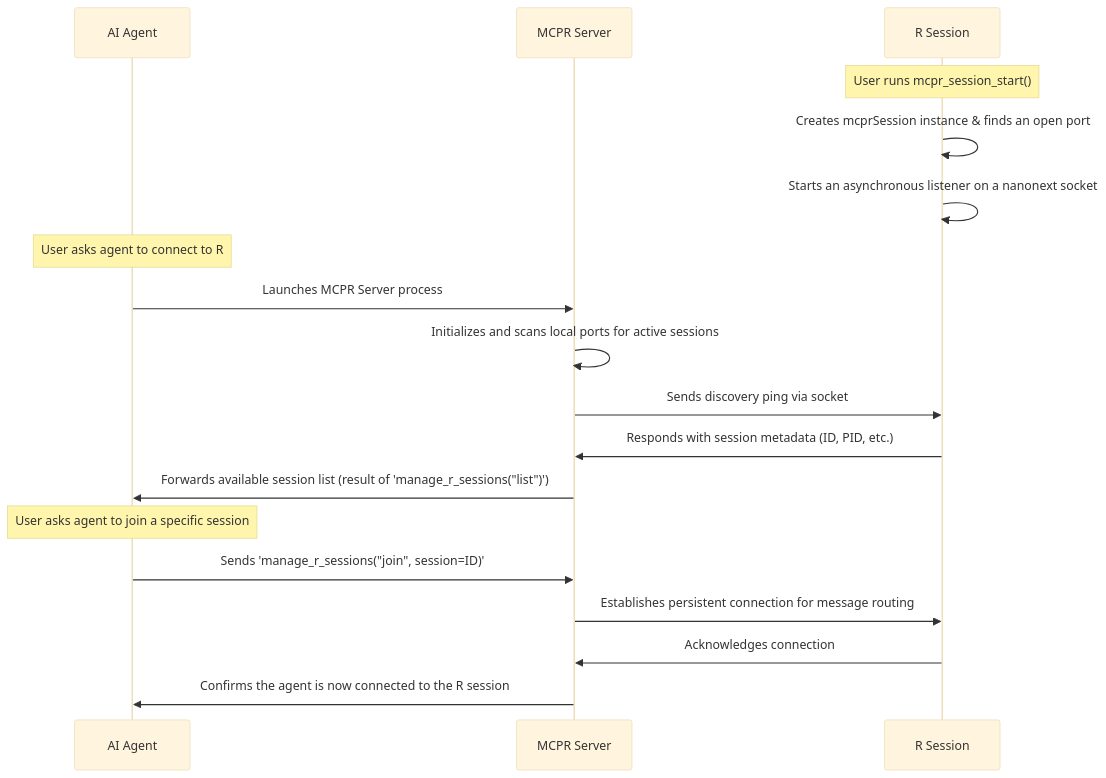
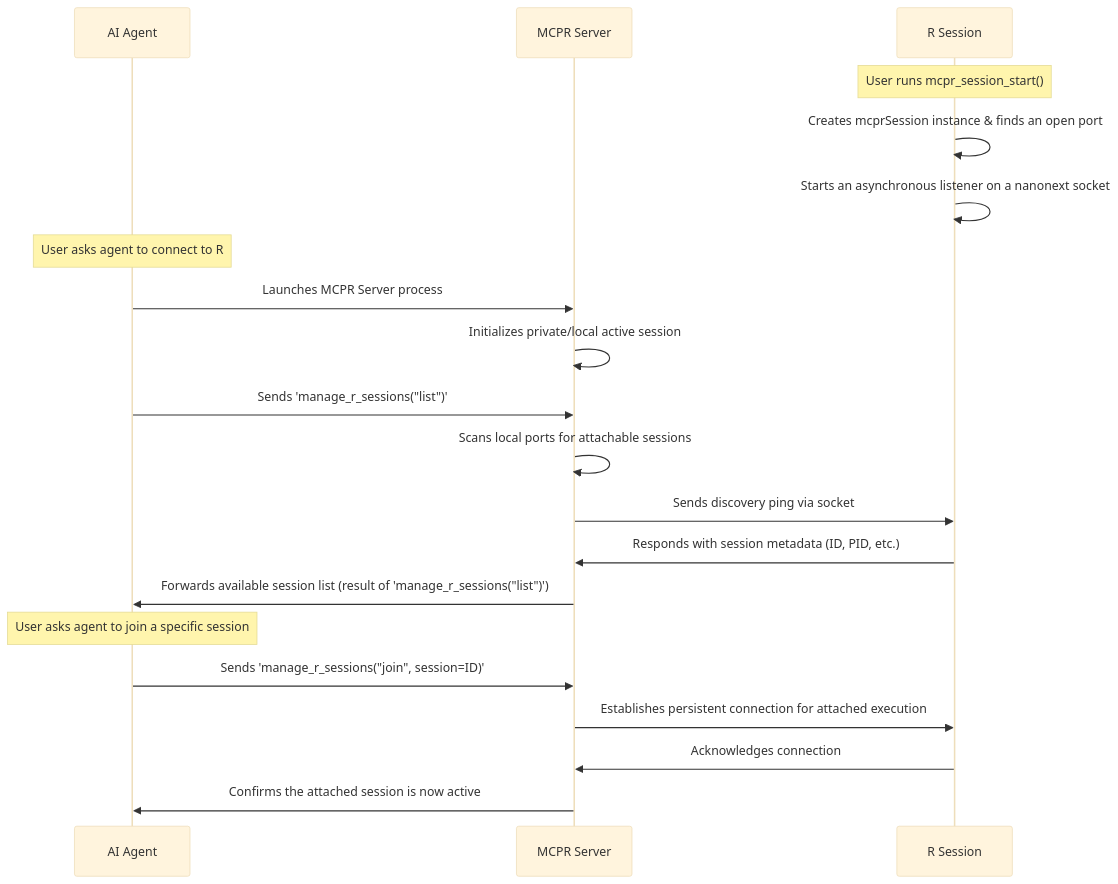
Before and after one commit to phisanti/MCPR: the first of 3 diagrams in vignettes/architecture.qmd, drawn with Mermaid (base theme). The commit also changed other lines of this file and 31 other files, not shown here.

````diff
--- a/vignettes/architecture.qmd
+++ b/vignettes/architecture.qmd
@@ -31,23 +37,25 @@
 ```{mermaid}
 sequenceDiagram
     participant AI as AI Agent
     participant Server as MCPR Server
     participant Session as R Session
     
     Note over Session: User runs mcpr_session_start()
     Session->>Session: Creates mcprSession instance & finds an open port
     Session->>Session: Starts an asynchronous listener on a nanonext socket
     
     Note over AI: User asks agent to connect to R
     AI->>Server: Launches MCPR Server process
-    Server->>Server: Initializes and scans local ports for active sessions
+    Server->>Server: Initializes private/local active session
+    AI->>Server: Sends 'manage_r_sessions("list")'
+    Server->>Server: Scans local ports for attachable sessions
     Server->>Session: Sends discovery ping via socket
     Session->>Server: Responds with session metadata (ID, PID, etc.)
     Server->>AI: Forwards available session list (result of 'manage_r_sessions("list")')
     
     Note over AI: User asks agent to join a specific session
     AI->>Server: Sends 'manage_r_sessions("join", session=ID)'
-    Server->>Session: Establishes persistent connection for message routing
+    Server->>Session: Establishes persistent connection for attached execution
     Session->>Server: Acknowledges connection
-    Server->>AI: Confirms the agent is now connected to the R session
+    Server->>AI: Confirms the attached session is now active
 ```
````
